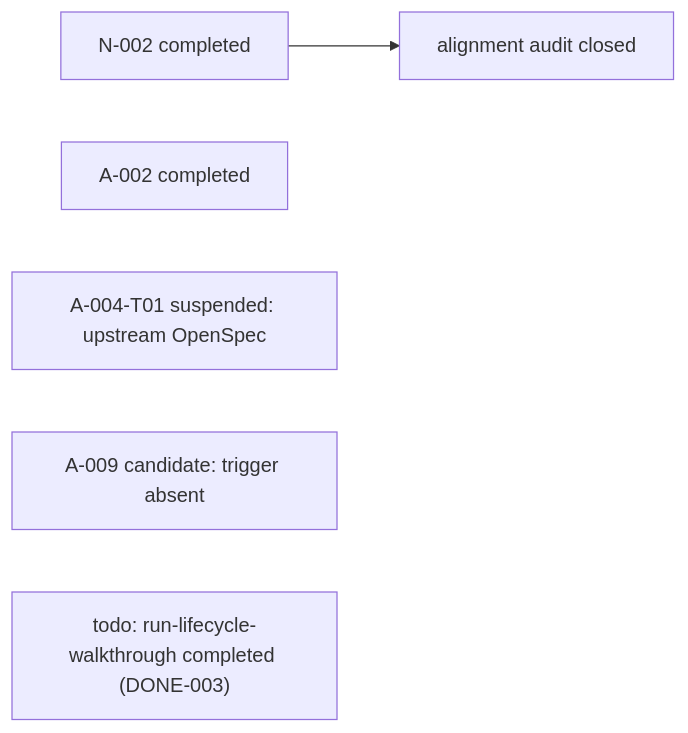
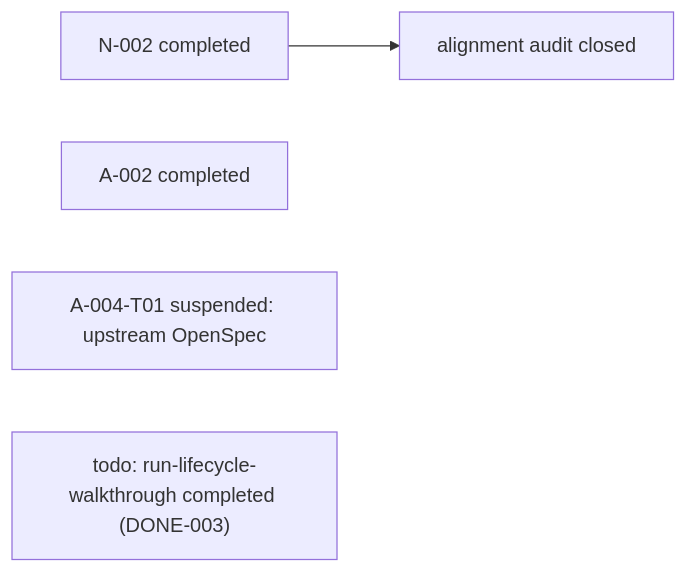
One commit to ethan-jiang-1/ai_deerflow_deep_research_v2 changed the diagram in _backlog/todos/README.md. Above: the diagram before and after it, drawn with Mermaid. The commit also changed other lines of this file and 3 other files, not shown here.

First line of the commit message:
backlog: suspend A-009 risk-based semantic traceability (long-idle candidate, trigger never met)

````diff
--- a/_backlog/todos/README.md
+++ b/_backlog/todos/README.md
@@ -44,8 +44,7 @@
 ```mermaid
 flowchart LR
   N002["N-002 completed"] --> Close["alignment audit closed"]
   A002["A-002 completed"]
   T01["A-004-T01 suspended: upstream OpenSpec"]
-  A009["A-009 candidate: trigger absent"]
   WLK["todo: run-lifecycle-walkthrough completed (DONE-003)"]
 ```
````
